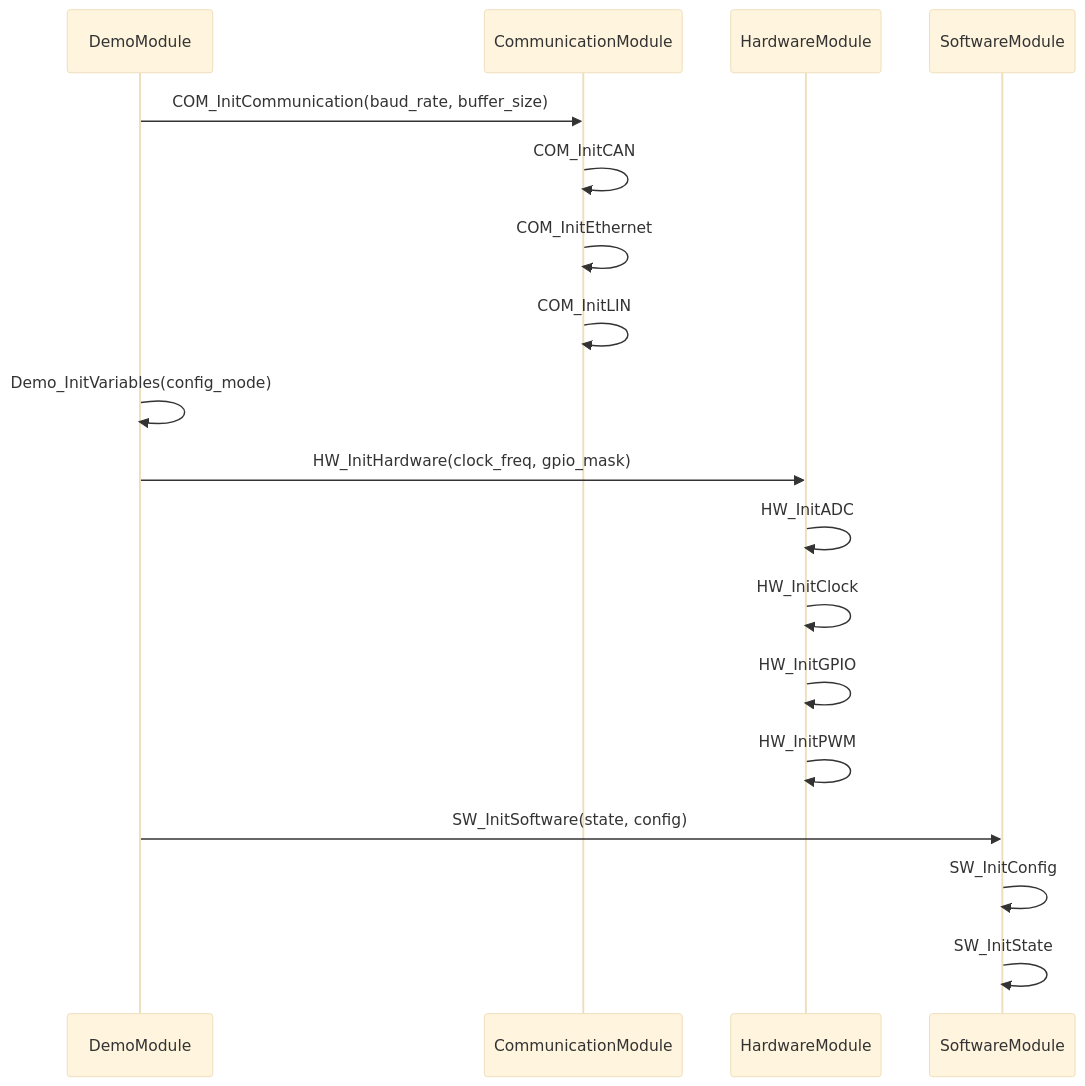
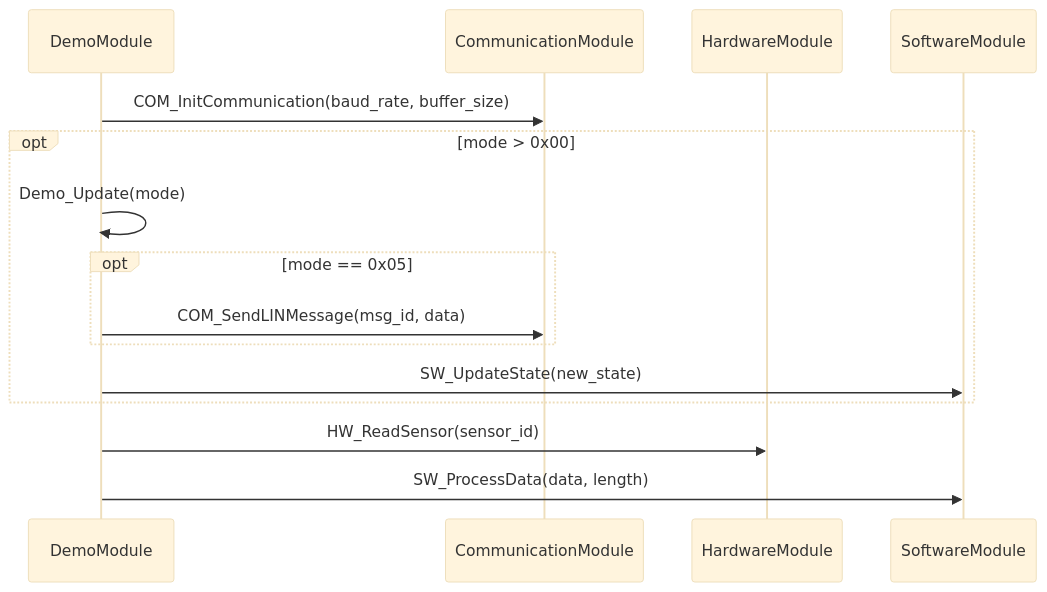
Before and after one commit to melodypapa/autosar_calltree: the second of 2 diagrams in README.md, drawn with Mermaid (base theme). The commit also changed other lines of this file and 20 other files, not shown here.

First line of the commit message:
feat: Add conditional function call tracking and Mermaid XMI opt blocks

````diff
--- a/README.md
+++ b/README.md
@@ -117,21 +175,18 @@
 ```mermaid
 sequenceDiagram
     participant DemoModule
     participant CommunicationModule
     participant HardwareModule
     participant SoftwareModule
 
     DemoModule->>CommunicationModule: COM_InitCommunication(baud_rate, buffer_size)
-    CommunicationModule->>CommunicationModule: COM_InitCAN
-    CommunicationModule->>CommunicationModule: COM_InitEthernet
-    CommunicationModule->>CommunicationModule: COM_InitLIN
-    DemoModule->>DemoModule: Demo_InitVariables(config_mode)
-    DemoModule->>HardwareModule: HW_InitHardware(clock_freq, gpio_mask)
-    HardwareModule->>HardwareModule: HW_InitADC
-    HardwareModule->>HardwareModule: HW_InitClock
-    HardwareModule->>HardwareModule: HW_InitGPIO
-    HardwareModule->>HardwareModule: HW_InitPWM
-    DemoModule->>SoftwareModule: SW_InitSoftware(state, config)
-    SoftwareModule->>SoftwareModule: SW_InitConfig
-    SoftwareModule->>SoftwareModule: SW_InitState
+    opt mode > 0x00
+    DemoModule->>DemoModule: Demo_Update(mode)
+    opt mode == 0x05
+    DemoModule->>CommunicationModule: COM_SendLINMessage(msg_id, data)
+    end
+    DemoModule->>SoftwareModule: SW_UpdateState(new_state)
+    end
+    DemoModule->>HardwareModule: HW_ReadSensor(sensor_id)
+    DemoModule->>SoftwareModule: SW_ProcessData(data, length)
 ```
````
